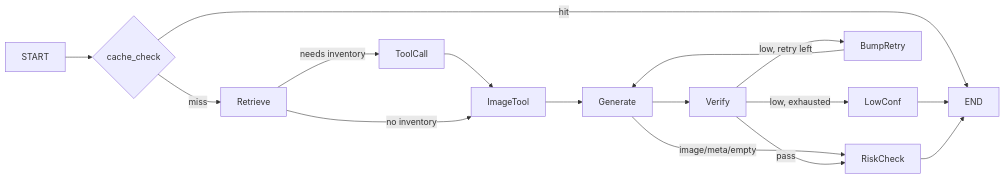
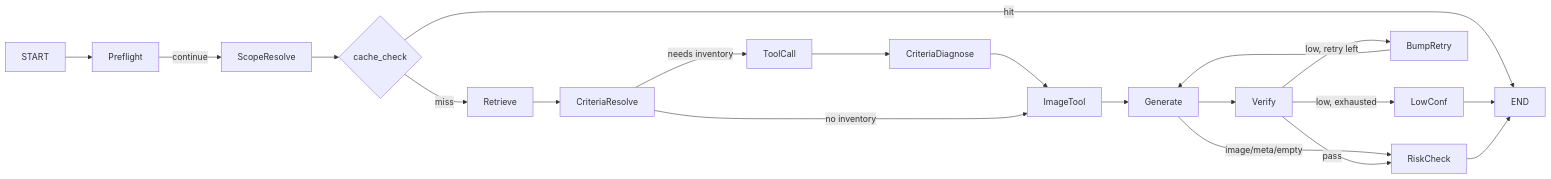
One commit to peterparkervanphuc/auremont-ai-agent changed the second of 3 diagrams in ARCHITECTURE.md. Above: the diagram before and after it, drawn with Mermaid. The commit also changed other lines of this file and 1 other file, not shown here.

First line of the commit message:
docs: sync architecture diagram with pipeline nodes and folder layout

````diff
--- a/ARCHITECTURE.md
+++ b/ARCHITECTURE.md
@@ -131,15 +142,16 @@
 ```mermaid
 graph LR
-    START --> Cache{cache_check}
+    START --> Preflight
+    Preflight -->|continue| ScopeResolve --> Cache{cache_check}
     Cache -->|hit| END
-    Cache -->|miss| Retrieve
-    Retrieve -->|needs inventory| ToolCall --> ImageTool
-    Retrieve -->|no inventory| ImageTool
+    Cache -->|miss| Retrieve --> CriteriaResolve
+    CriteriaResolve -->|needs inventory| ToolCall --> CriteriaDiagnose --> ImageTool
+    CriteriaResolve -->|no inventory| ImageTool
     ImageTool --> Generate
     Generate -->|image/meta/empty| RiskCheck
     Generate --> Verify
     Verify -->|low, retry left| BumpRetry --> Generate
     Verify -->|low, exhausted| LowConf --> END
     Verify -->|pass| RiskCheck
     RiskCheck --> END
 ```
````
